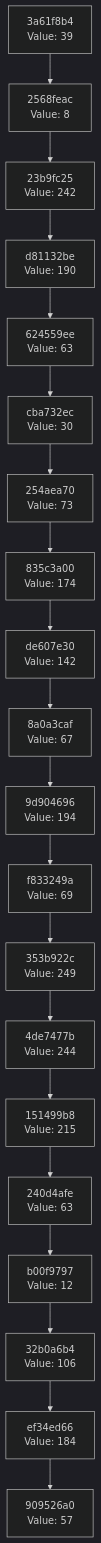
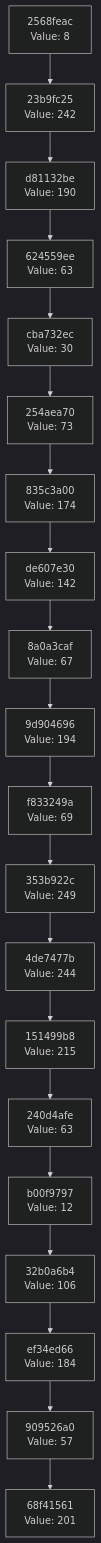
Before and after one commit to Abhisheksinha1506/hash-chain-evolver: the diagram in docs/CHAIN_VISUALIZATION.md, drawn with Mermaid (dark theme). The commit also changed 1 other file, not shown here.

Commit message:
Evolution Step

````diff
--- a/docs/CHAIN_VISUALIZATION.md
+++ b/docs/CHAIN_VISUALIZATION.md
@@ -3,42 +3,42 @@
 ```mermaid
 graph TD
-    C0["909526a0<br/>Value: 57"]
-    C1["ef34ed66<br/>Value: 184"]
+    C0["68f41561<br/>Value: 201"]
+    C1["909526a0<br/>Value: 57"]
     C1 --> C0
-    C2["32b0a6b4<br/>Value: 106"]
+    C2["ef34ed66<br/>Value: 184"]
     C2 --> C1
-    C3["b00f9797<br/>Value: 12"]
+    C3["32b0a6b4<br/>Value: 106"]
     C3 --> C2
-    C4["240d4afe<br/>Value: 63"]
+    C4["b00f9797<br/>Value: 12"]
     C4 --> C3
-    C5["151499b8<br/>Value: 215"]
+    C5["240d4afe<br/>Value: 63"]
     C5 --> C4
-    C6["4de7477b<br/>Value: 244"]
+    C6["151499b8<br/>Value: 215"]
     C6 --> C5
-    C7["353b922c<br/>Value: 249"]
+    C7["4de7477b<br/>Value: 244"]
     C7 --> C6
-    C8["f833249a<br/>Value: 69"]
+    C8["353b922c<br/>Value: 249"]
     C8 --> C7
-    C9["9d904696<br/>Value: 194"]
+    C9["f833249a<br/>Value: 69"]
     C9 --> C8
-    C10["8a0a3caf<br/>Value: 67"]
+    C10["9d904696<br/>Value: 194"]
     C10 --> C9
-    C11["de607e30<br/>Value: 142"]
+    C11["8a0a3caf<br/>Value: 67"]
     C11 --> C10
-    C12["835c3a00<br/>Value: 174"]
+    C12["de607e30<br/>Value: 142"]
     C12 --> C11
-    C13["254aea70<br/>Value: 73"]
+    C13["835c3a00<br/>Value: 174"]
     C13 --> C12
-    C14["cba732ec<br/>Value: 30"]
+    C14["254aea70<br/>Value: 73"]
     C14 --> C13
-    C15["624559ee<br/>Value: 63"]
+    C15["cba732ec<br/>Value: 30"]
     C15 --> C14
-    C16["d81132be<br/>Value: 190"]
+    C16["624559ee<br/>Value: 63"]
     C16 --> C15
-    C17["23b9fc25<br/>Value: 242"]
+    C17["d81132be<br/>Value: 190"]
     C17 --> C16
-    C18["2568feac<br/>Value: 8"]
+    C18["23b9fc25<br/>Value: 242"]
     C18 --> C17
-    C19["3a61f8b4<br/>Value: 39"]
+    C19["2568feac<br/>Value: 8"]
     C19 --> C18
 ```
````
